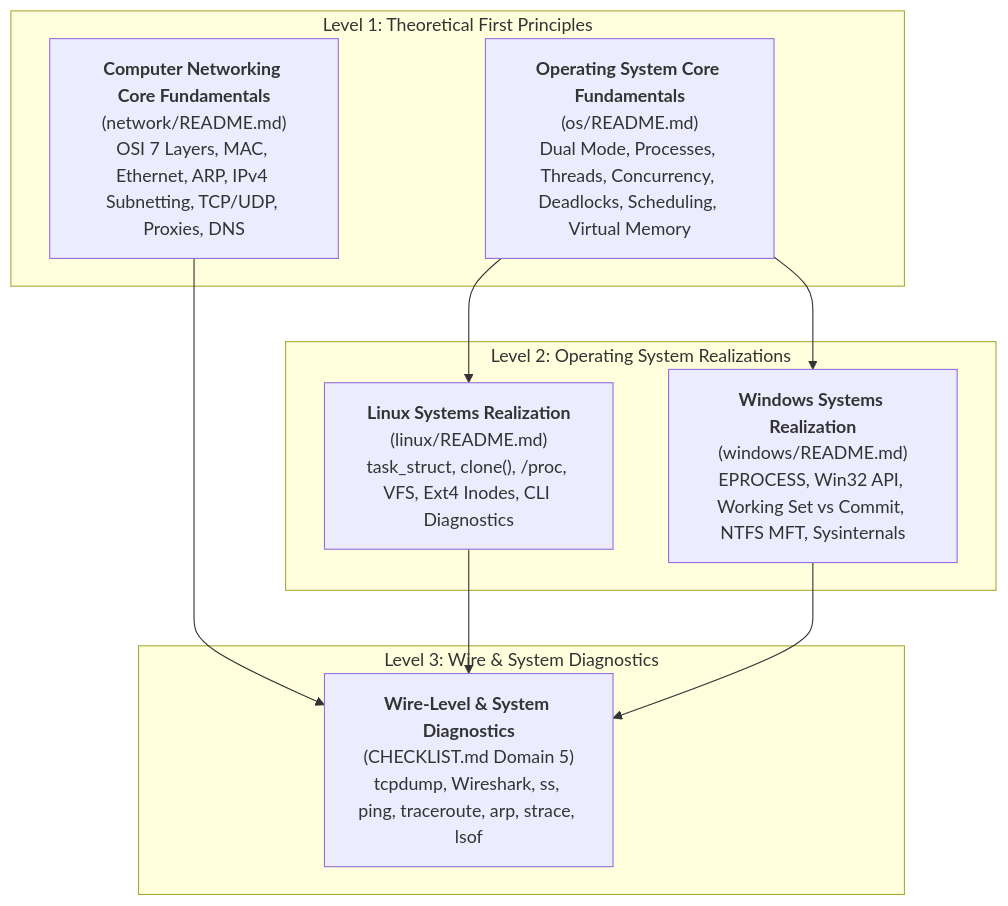
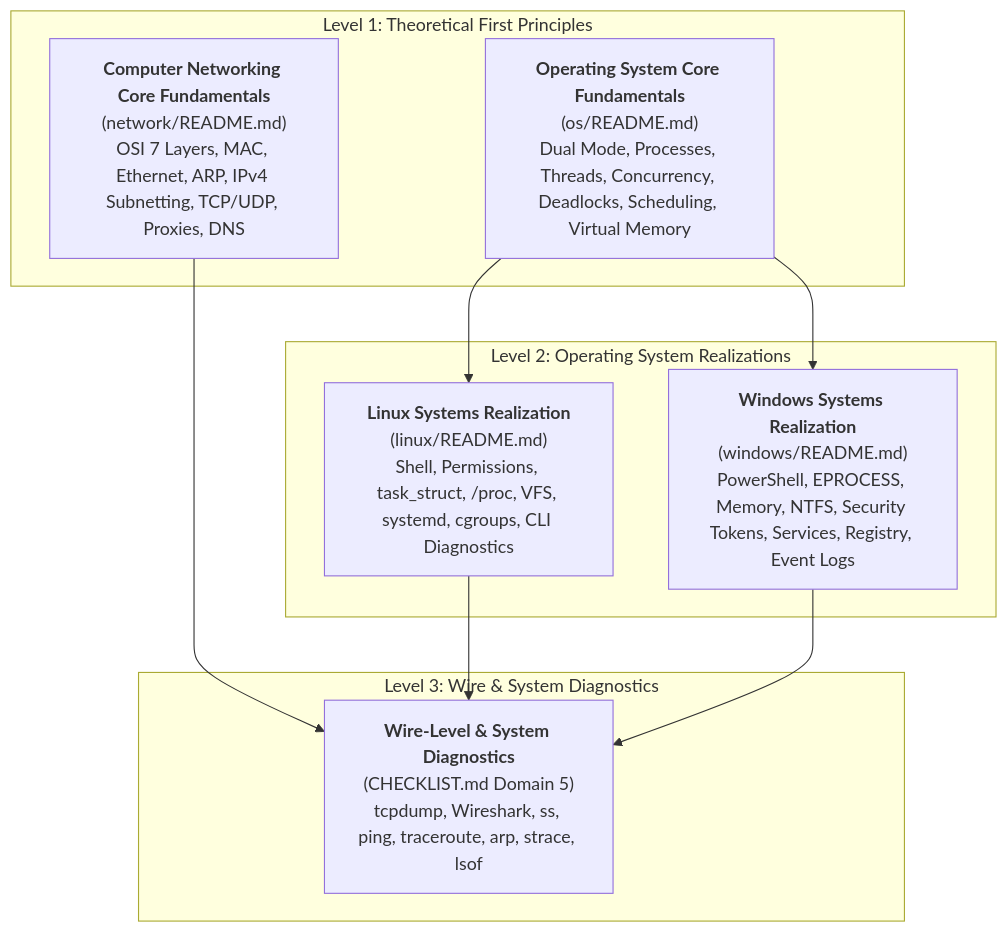
Before and after one commit to HelloMinh2122005/SelfLearn: the first of 2 diagrams in cloud_devops_basic/README.md, drawn with Mermaid. The commit also changed other lines of this file and 148 other files, not shown here.

````diff
--- a/cloud_devops_basic/README.md
+++ b/cloud_devops_basic/README.md
@@ -25,22 +25,22 @@
 ```mermaid
 flowchart TD
     subgraph Core_Foundations ["Level 1: Theoretical First Principles"]
         OS["<b>Operating System Core Fundamentals</b><br/>(os/README.md)<br/>Dual Mode, Processes, Threads, Concurrency, Deadlocks, Scheduling, Virtual Memory"]
         NET["<b>Computer Networking Core Fundamentals</b><br/>(network/README.md)<br/>OSI 7 Layers, MAC, Ethernet, ARP, IPv4 Subnetting, TCP/UDP, Proxies, DNS"]
     end
 
     subgraph OS_Realizations ["Level 2: Operating System Realizations"]
-        LINUX["<b>Linux Systems Realization</b><br/>(linux/README.md)<br/>task_struct, clone(), /proc, VFS, Ext4 Inodes, CLI Diagnostics"]
-        WIN["<b>Windows Systems Realization</b><br/>(windows/README.md)<br/>EPROCESS, Win32 API, Working Set vs Commit, NTFS MFT, Sysinternals"]
+        LINUX["<b>Linux Systems Realization</b><br/>(linux/README.md)<br/>Shell, Permissions, task_struct, /proc, VFS, systemd, cgroups, CLI Diagnostics"]
+        WIN["<b>Windows Systems Realization</b><br/>(windows/README.md)<br/>PowerShell, EPROCESS, Memory, NTFS, Security Tokens, Services, Registry, Event Logs"]
     end
 
     subgraph Inspection ["Level 3: Wire & System Diagnostics"]
         DIAG["<b>Wire-Level & System Diagnostics</b><br/>(CHECKLIST.md Domain 5)<br/>tcpdump, Wireshark, ss, ping, traceroute, arp, strace, lsof"]
     end
 
     OS --> LINUX
     OS --> WIN
     NET --> DIAG
     LINUX --> DIAG
     WIN --> DIAG
 ```
````
